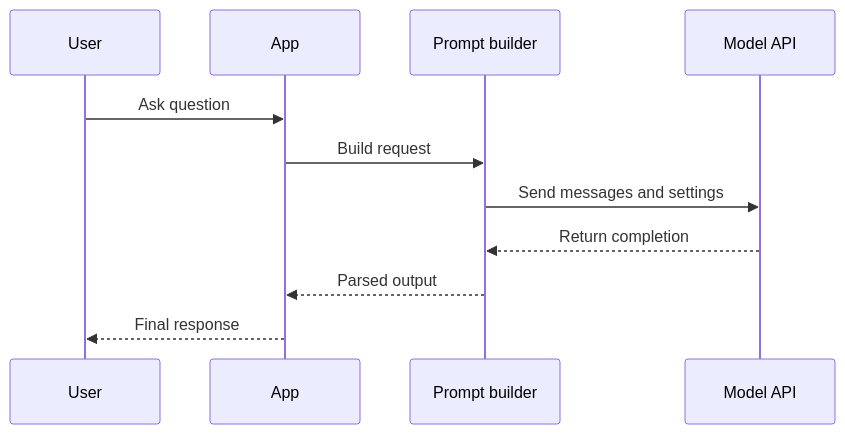
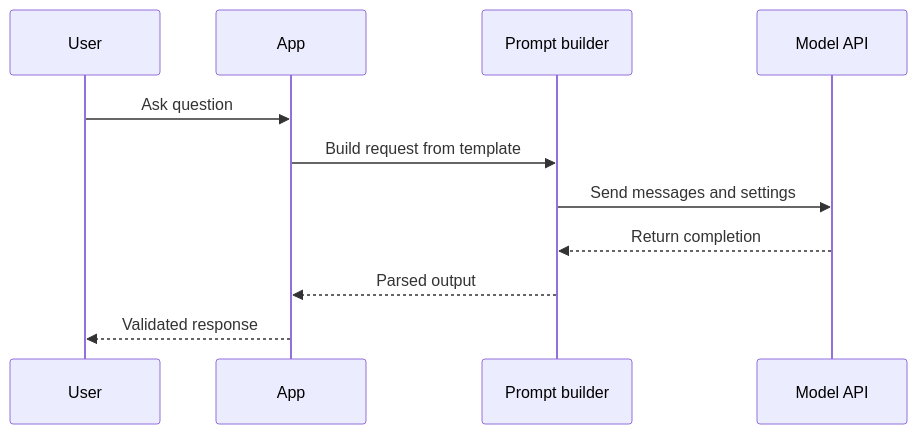
Before and after one commit to Asabeneh/30-Days-Of-AI-Engineering: the third of 11 diagrams in day_06/day_06_llm_apis.md, drawn with Mermaid. The commit also changed other lines of this file and 49 other files, not shown here.

````diff
--- a/day_06/day_06_llm_apis.md
+++ b/day_06/day_06_llm_apis.md
@@ -145,14 +243,14 @@
 ```mermaid
 sequenceDiagram
     participant U as User
     participant A as App
     participant P as Prompt builder
     participant M as Model API
 
     U->>A: Ask question
-    A->>P: Build request
+    A->>P: Build request from template
     P->>M: Send messages and settings
     M-->>P: Return completion
     P-->>A: Parsed output
-    A-->>U: Final response
+    A-->>U: Validated response
 ```
````
